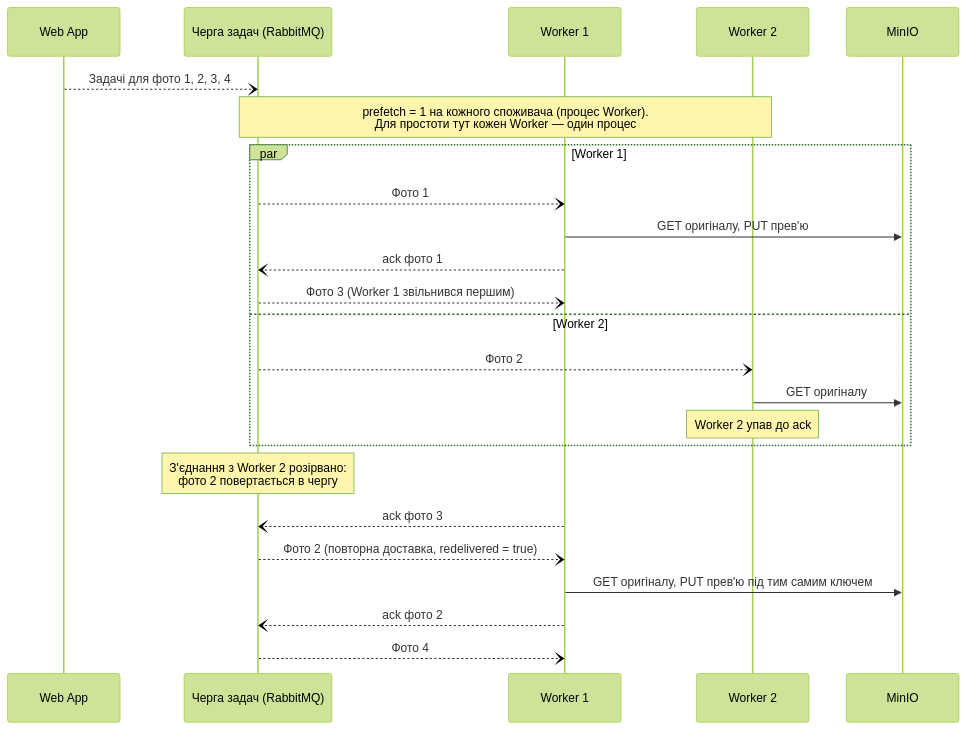
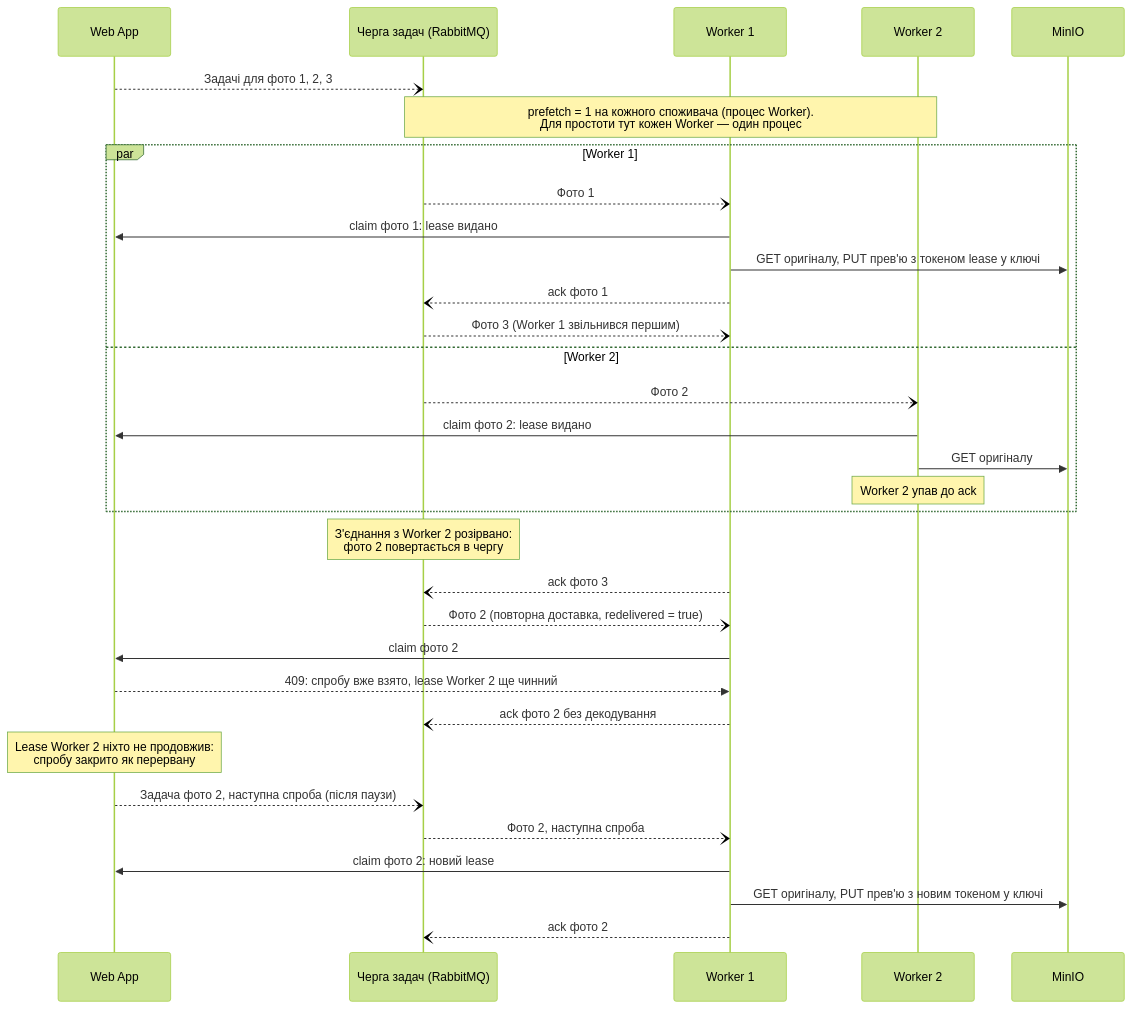
One commit to alonasaienko/picpick changed the diagram in docs/06-concurrency/cs-201-competing-consumers.md. Above: the diagram before and after it, drawn with Mermaid (forest theme). The commit also changed other lines of this file and 3 other files, not shown here.

````diff
--- a/docs/06-concurrency/cs-201-competing-consumers.md
+++ b/docs/06-concurrency/cs-201-competing-consumers.md
@@ -26,27 +26,35 @@
 ```mermaid
 sequenceDiagram
     participant WebApp as Web App
     participant Tasks as Черга задач (RabbitMQ)
     participant W1 as Worker 1
     participant W2 as Worker 2
     participant MinIO as MinIO
 
-    WebApp--)Tasks: Задачі для фото 1, 2, 3, 4
+    WebApp--)Tasks: Задачі для фото 1, 2, 3
     Note over Tasks,W2: prefetch = 1 на кожного споживача (процес Worker).<br/>Для простоти тут кожен Worker — один процес
     par Worker 1
         Tasks--)W1: Фото 1
-        W1->>MinIO: GET оригіналу, PUT прев'ю
+        W1->>WebApp: claim фото 1: lease видано
+        W1->>MinIO: GET оригіналу, PUT прев'ю з токеном lease у ключі
         W1--)Tasks: ack фото 1
         Tasks--)W1: Фото 3 (Worker 1 звільнився першим)
     and Worker 2
         Tasks--)W2: Фото 2
+        W2->>WebApp: claim фото 2: lease видано
         W2->>MinIO: GET оригіналу
         Note over W2: Worker 2 упав до ack
     end
     Note over Tasks: З'єднання з Worker 2 розірвано:<br/>фото 2 повертається в чергу
     W1--)Tasks: ack фото 3
     Tasks--)W1: Фото 2 (повторна доставка, redelivered = true)
-    W1->>MinIO: GET оригіналу, PUT прев'ю під тим самим ключем
+    W1->>WebApp: claim фото 2
+    WebApp-->>W1: 409: спробу вже взято, lease Worker 2 ще чинний
+    W1--)Tasks: ack фото 2 без декодування
+    Note over WebApp: Lease Worker 2 ніхто не продовжив:<br/>спробу закрито як перервану
+    WebApp--)Tasks: Задача фото 2, наступна спроба (після паузи)
+    Tasks--)W1: Фото 2, наступна спроба
+    W1->>WebApp: claim фото 2: новий lease
+    W1->>MinIO: GET оригіналу, PUT прев'ю з новим токеном у ключі
     W1--)Tasks: ack фото 2
-    Tasks--)W1: Фото 4
 ```
````
